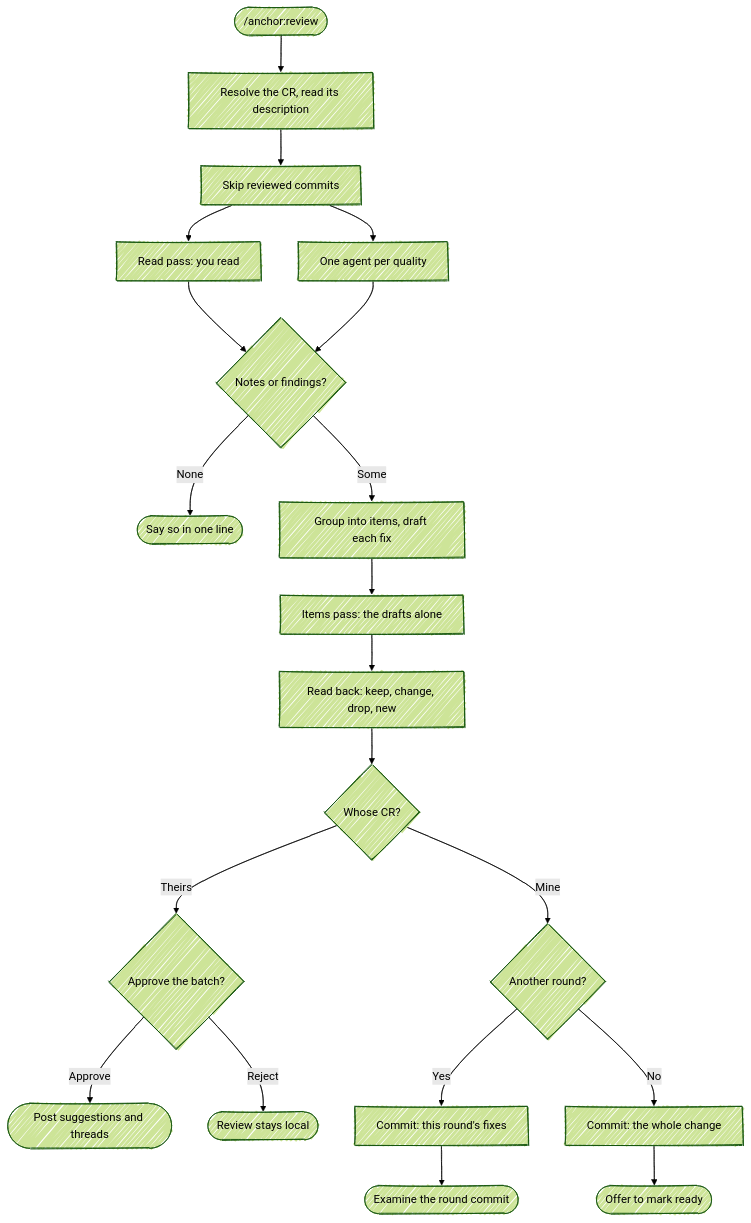
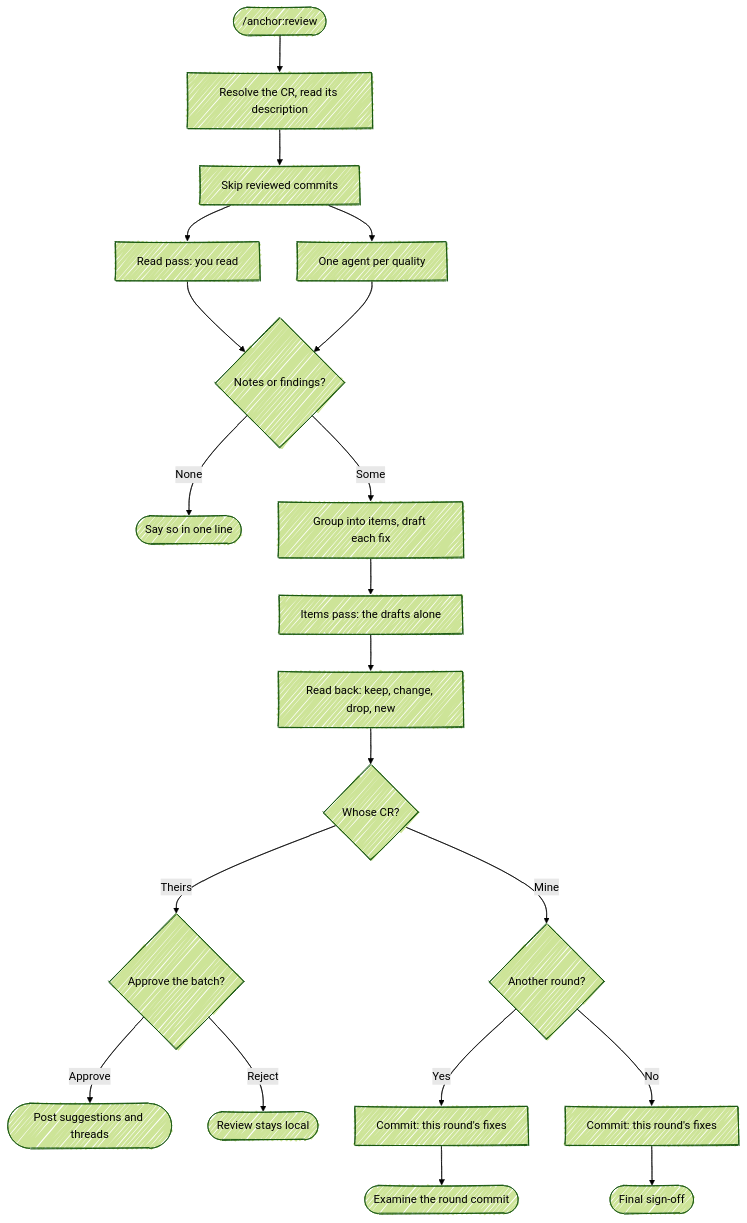
The diagram in skills/review/SKILL.md (chris-peterson/anchor), drawn with Mermaid (forest theme) before and after one commit. The commit also changed other lines of this file and 6 other files, not shown here.

First line of the commit message:
End a self-review in a final sign-off

````diff
--- a/skills/review/SKILL.md
+++ b/skills/review/SKILL.md
@@ -90,23 +91,23 @@
 ```mermaid
 %%{ init: { 'look': 'handDrawn' } }%%
 flowchart TD
     Start(["/anchor:review"]) --> Fetch["Resolve the CR, read its description"]
     Fetch --> Range["Skip reviewed commits"]
     Range --> ReadPass["Read pass: you read"]
     Range --> Examine["One agent per quality"]
     ReadPass --> Any{Notes or findings?}
     Examine --> Any
     Any -->|None| Empty([Say so in one line])
     Any -->|Some| Triage["Group into items, draft each fix"]
     Triage --> Items["Items pass: the drafts alone"]
     Items --> Read["Read back: keep, change, drop, new"]
     Read --> Who{Whose CR?}
     Who -->|Theirs| Gate{Approve the batch?}
     Gate -->|Approve| Post([Post suggestions and threads])
     Gate -->|Reject| Local([Review stays local])
     Who -->|Mine| Again{Another round?}
     Again -->|Yes| Commit["Commit: this round's fixes"]
     Commit --> Next([Examine the round commit])
-    Again -->|No| Last["Commit: the whole change"]
-    Last --> Handoff([Offer to mark ready])
+    Again -->|No| Last["Commit: this round's fixes"]
+    Last --> Signoff([Final sign-off])
 ```
````
